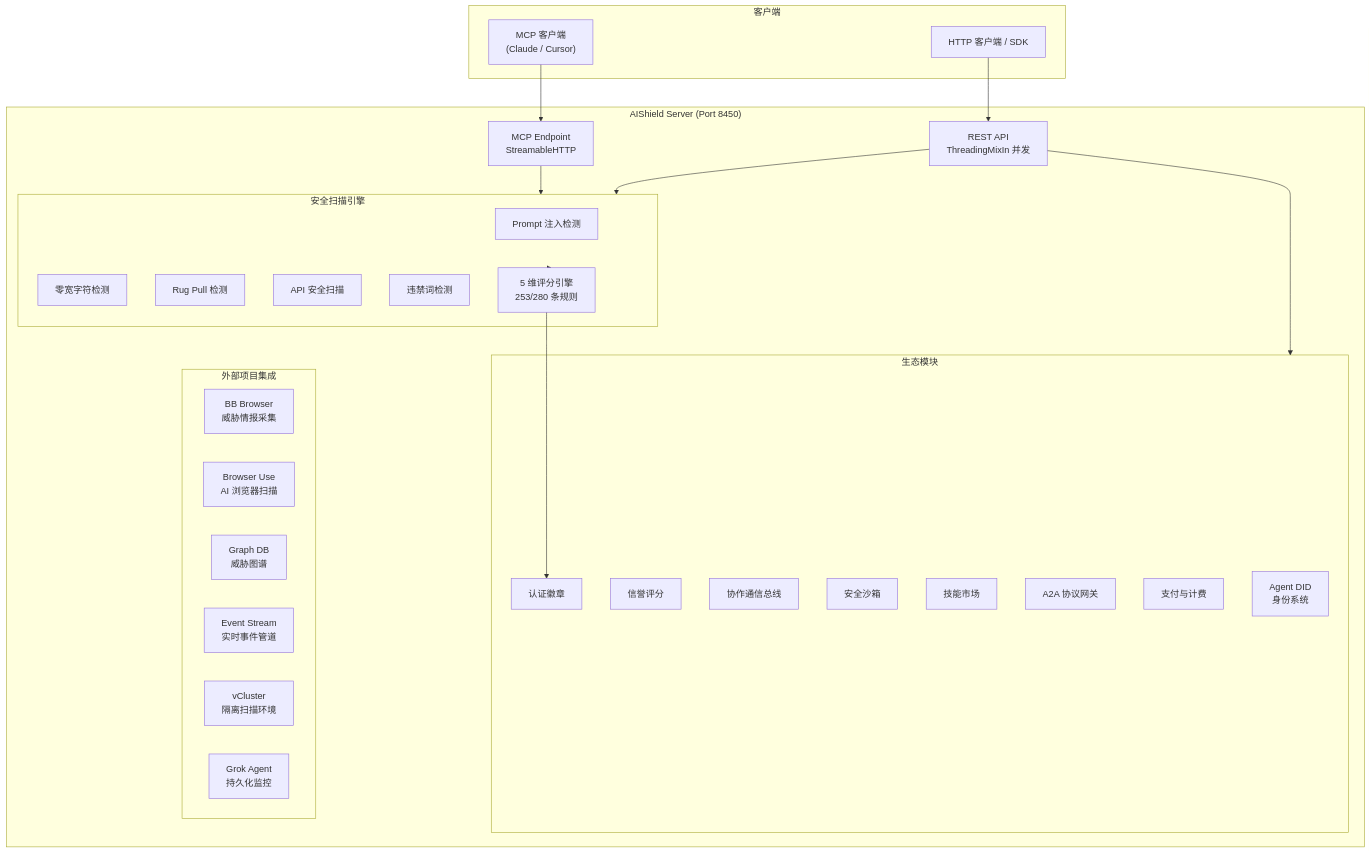
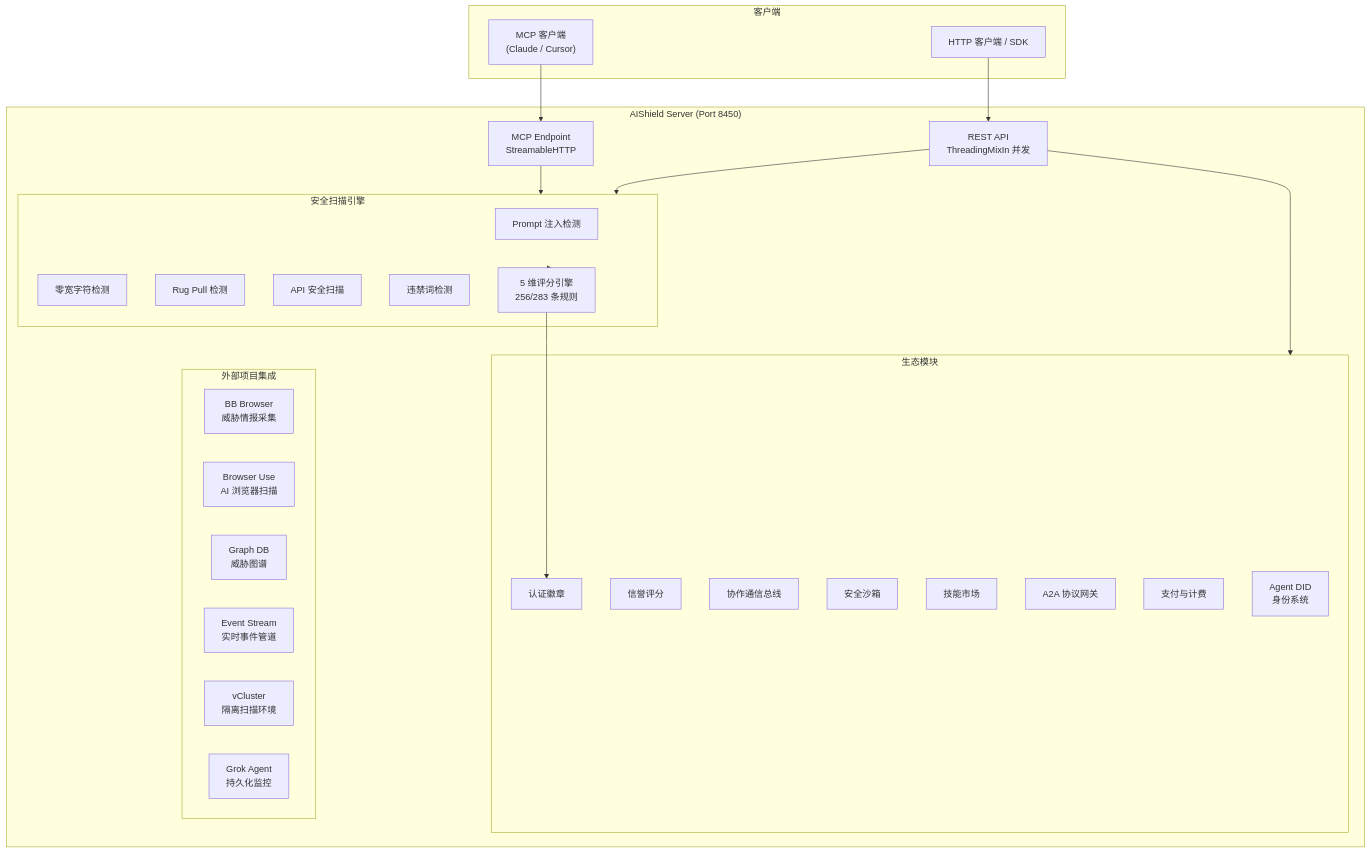
Before and after one commit to lm203688/aishield: the diagram in README.md, drawn with Mermaid. The commit also changed other lines of this file and 39 other files, not shown here.

````diff
--- a/README.md
+++ b/README.md
@@ -297,49 +297,49 @@
 ```mermaid
 graph TB
     subgraph Clients["客户端"]
         MCP["MCP 客户端<br/>(Claude / Cursor)"]
         SDK["HTTP 客户端 / SDK"]
     end
 
     subgraph Server["AIShield Server (Port 8450)"]
         API["REST API<br/>ThreadingMixIn 并发"]
         MCPE["MCP Endpoint<br/>StreamableHTTP"]
 
         subgraph Scanner["安全扫描引擎"]
             PE["Prompt 注入检测"]
             MW["零宽字符检测"]
             RP["Rug Pull 检测"]
             AS["API 安全扫描"]
             BW["违禁词检测"]
-            SC["5 维评分引擎<br/>253/280 条规则"]
+            SC["5 维评分引擎<br/>256/283 条规则"]
         end
 
         subgraph Eco["生态模块"]
             ID["Agent DID<br/>身份系统"]
             RP2["信誉评分"]
             CO["协作通信总线"]
             SB["安全沙箱"]
             MK["技能市场"]
             A2A["A2A 协议网关"]
             PAY["支付与计费"]
             BD["认证徽章"]
         end
 
         subgraph Integrations["外部项目集成"]
             BB["BB Browser<br/>威胁情报采集"]
             BU["Browser Use<br/>AI 浏览器扫描"]
             GDB["Graph DB<br/>威胁图谱"]
             ES["Event Stream<br/>实时事件管道"]
             VC["vCluster<br/>隔离扫描环境"]
             GA["Grok Agent<br/>持久化监控"]
         end
     end
 
     MCP --> MCPE
     SDK --> API
     MCPE --> Scanner
     API --> Scanner
     API --> Eco
     Scanner --> SC
     SC --> BD
 ```
````
